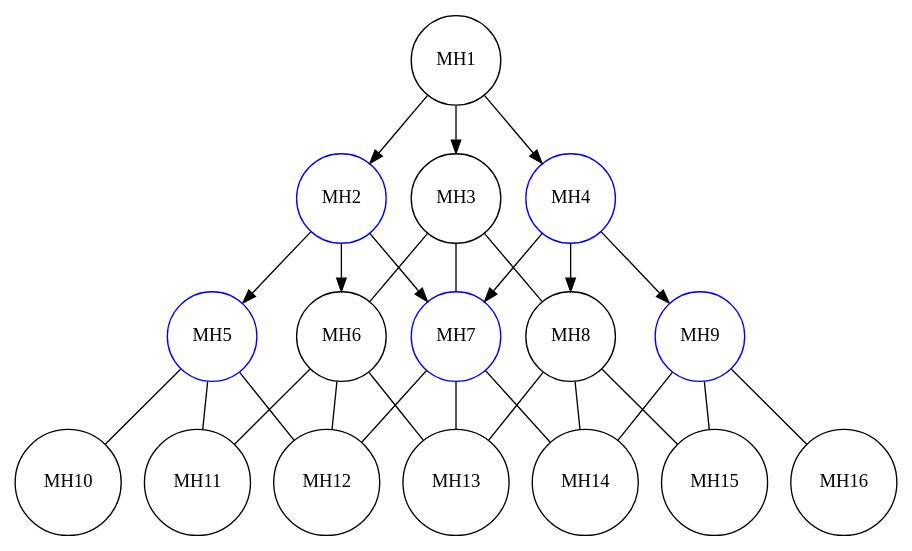
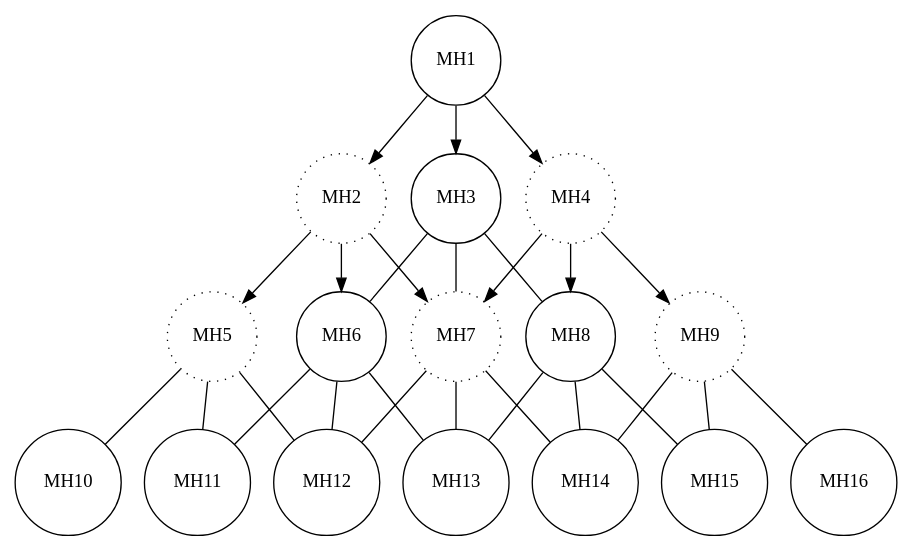
The diagram in doc/TCC/images-source/olsrOperationStep6.dot (fabiosammy/TCC_NS2), drawn with Graphviz before and after one commit. The commit also changed 36 other files, not shown here.

```diff
--- a/doc/TCC/images-source/olsrOperationStep6.dot
+++ b/doc/TCC/images-source/olsrOperationStep6.dot
@@ -1,49 +1,49 @@
 digraph olsrOperation {
 
 	node[shape=circle,color=black]
 	//Level 1
 	MH1 -> MH2
 	MH1 -> MH3
 	MH1 -> MH4
 
-	MH2[color=blue]
-	MH4[color=blue]
-	MH5[color=blue]
-	MH7[color=blue]
-	MH9[color=blue]
+	MH2[style=dotted]
+	MH4[style=dotted]
+	MH5[style=dotted]
+	MH7[style=dotted]
+	MH9[style=dotted]
 
 	//Level 2
 	MH2 -> MH5
 	MH2 -> MH6
 	MH2 -> MH7
 
 	MH4 -> MH7
 	MH4 -> MH8
 	MH4 -> MH9
 
 	edge[dir=none]
 	MH3 -> MH6
 	MH3 -> MH7
 	MH3 -> MH8
 
 	MH5 -> MH10
 	MH5 -> MH11
 	MH5 -> MH12
 
 	MH6 -> MH11
 	MH6 -> MH12
 	MH6 -> MH13
 
 	MH7 -> MH12
 	MH7 -> MH13
 	MH7 -> MH14
 
 	MH8 -> MH13
 	MH8 -> MH14
 	MH8 -> MH15
 
 	MH9 -> MH14
 	MH9 -> MH15
 	MH9 -> MH16
 
 }
```
